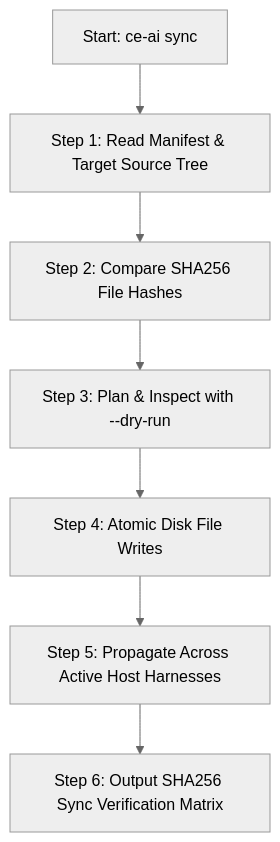
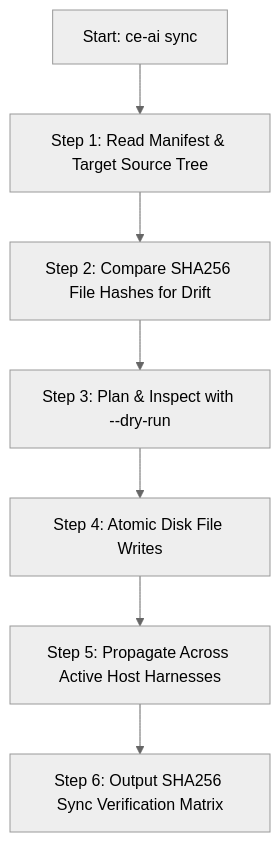
One commit to mastepanoski/ce-ai changed the first of 2 diagrams in docs/user-guide/sync-and-upgrade-mechanisms.md. Above: the diagram before and after it, drawn with Mermaid (neutral theme). The commit also changed other lines of this file and 1 other file, not shown here.

Commit message:
docs(guide): elaborate origins of install-manifest.json, state.json, drift, atomic writes, and backups in user guides

````diff
--- a/docs/user-guide/sync-and-upgrade-mechanisms.md
+++ b/docs/user-guide/sync-and-upgrade-mechanisms.md
@@ -13,9 +38,9 @@
 ```mermaid
 flowchart TD
     A[Start: ce-ai sync] --> B[Step 1: Read Manifest & Target Source Tree]
-    B --> C[Step 2: Compare SHA256 File Hashes]
+    B --> C[Step 2: Compare SHA256 File Hashes for Drift]
     C --> D[Step 3: Plan & Inspect with --dry-run]
     D --> E[Step 4: Atomic Disk File Writes]
     E --> F[Step 5: Propagate Across Active Host Harnesses]
     F --> G[Step 6: Output SHA256 Sync Verification Matrix]
 ```
````
